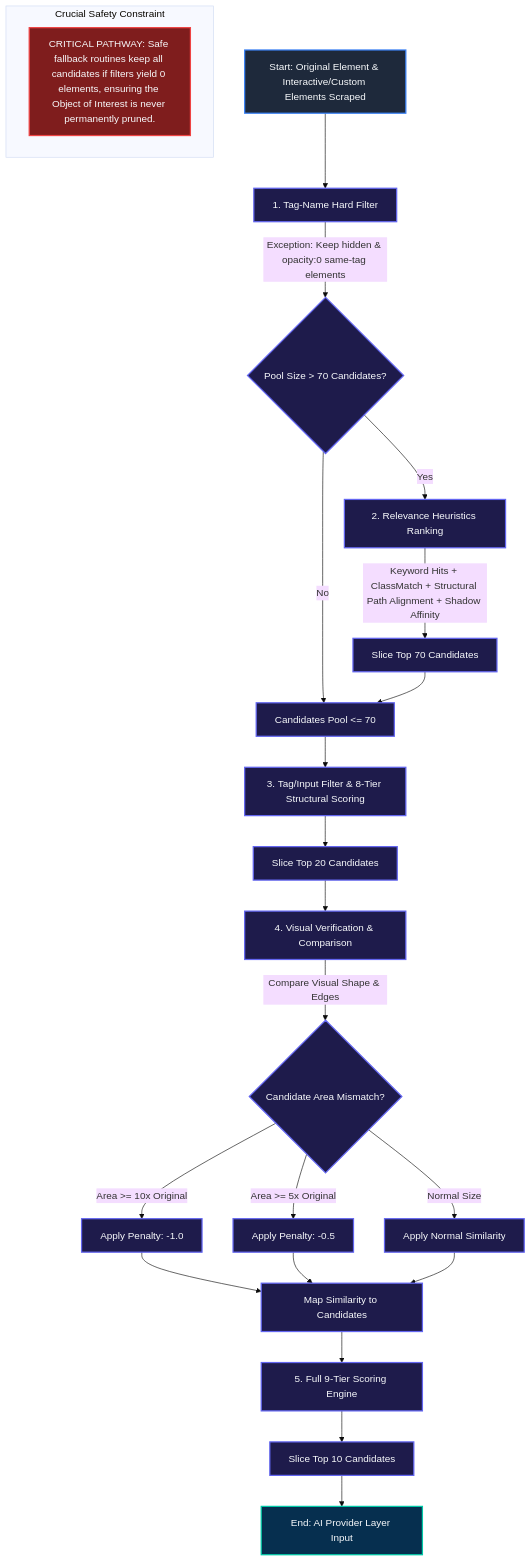
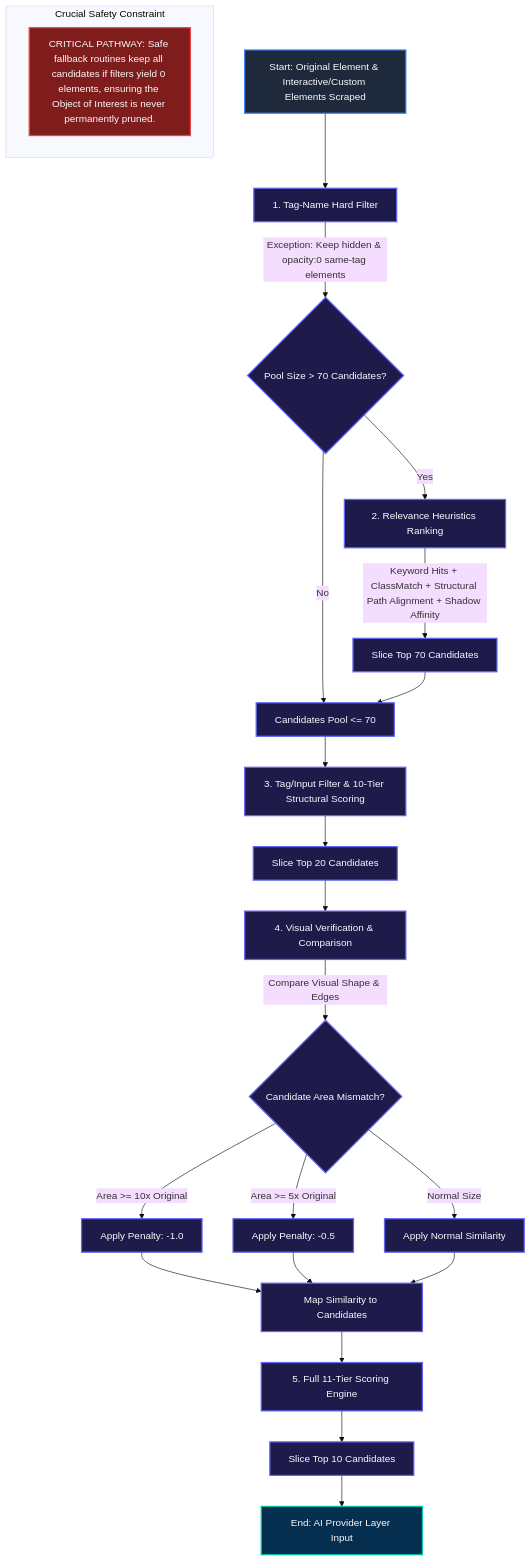
One commit to shambhoo-narwaria/reLOCATE.AI-Intelligent-Element-Recovery-Engine changed the fifth of 6 diagrams in docs/project-architecture.md. Above: the diagram before and after it, drawn with Mermaid (base theme). The commit also changed other lines of this file and 39 other files, not shown here.

````diff
--- a/docs/project-architecture.md
+++ b/docs/project-architecture.md
@@ -381,37 +393,37 @@
 ```mermaid
 flowchart TD
     %% Styling
     classDef input fill:#1e293b,stroke:#3b82f6,stroke-width:2px,color:#f8fafc;
     classDef stage fill:#1e1b4b,stroke:#6366f1,stroke-width:2px,color:#f8fafc;
     classDef crucial fill:#7f1d1d,stroke:#ef4444,stroke-width:2px,color:#f8fafc;
     classDef output fill:#062f4f,stroke:#00c9a7,stroke-width:2px,color:#f8fafc;
 
     A["Start: Original Element & Interactive/Custom Elements Scraped"]:::input --> B["1. Tag-Name Hard Filter"]:::stage
     B -->|Exception: Keep hidden & opacity:0 same-tag elements| C{"Pool Size > 70 Candidates?"}:::stage
     
     C -->|Yes| D["2. Relevance Heuristics Ranking"]:::stage
     D -->|Keyword Hits + ClassMatch + Structural Path Alignment + Shadow Affinity| E["Slice Top 70 Candidates"]:::stage
     C -->|No| F["Candidates Pool <= 70"]:::stage
     E --> F
     
-    F --> G["3. Tag/Input Filter & 8-Tier Structural Scoring"]:::stage
+    F --> G["3. Tag/Input Filter & 10-Tier Structural Scoring"]:::stage
     G --> H["Slice Top 20 Candidates"]:::stage
     
     H --> I["4. Visual Verification & Comparison"]:::stage
     I -->|Compare Visual Shape & Edges| J{"Candidate Area Mismatch?"}:::stage
     J -->|Area >= 10x Original| K["Apply Penalty: -1.0"]:::stage
     J -->|Area >= 5x Original| L["Apply Penalty: -0.5"]:::stage
     J -->|Normal Size| M["Apply Normal Similarity"]:::stage
     
     K --> N["Map Similarity to Candidates"]:::stage
     L --> N
     M --> N
     
-    N --> O["5. Full 9-Tier Scoring Engine"]:::stage
+    N --> O["5. Full 11-Tier Scoring Engine"]:::stage
     O --> P["Slice Top 10 Candidates"]:::stage
     P --> Q["End: AI Provider Layer Input"]:::output
 
     subgraph Crucial Safety Constraint
         R["CRITICAL PATHWAY: Safe fallback routines keep all candidates if filters yield 0 elements, ensuring the Object of Interest is never permanently pruned."]:::crucial
     end
 ```
````
